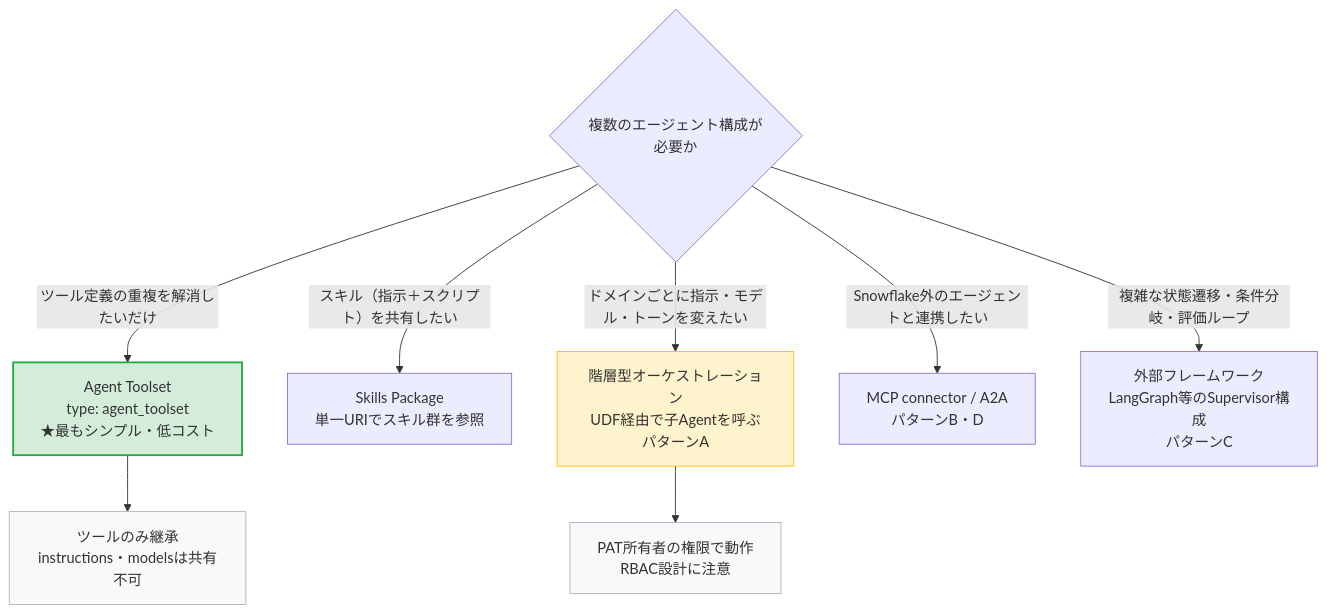
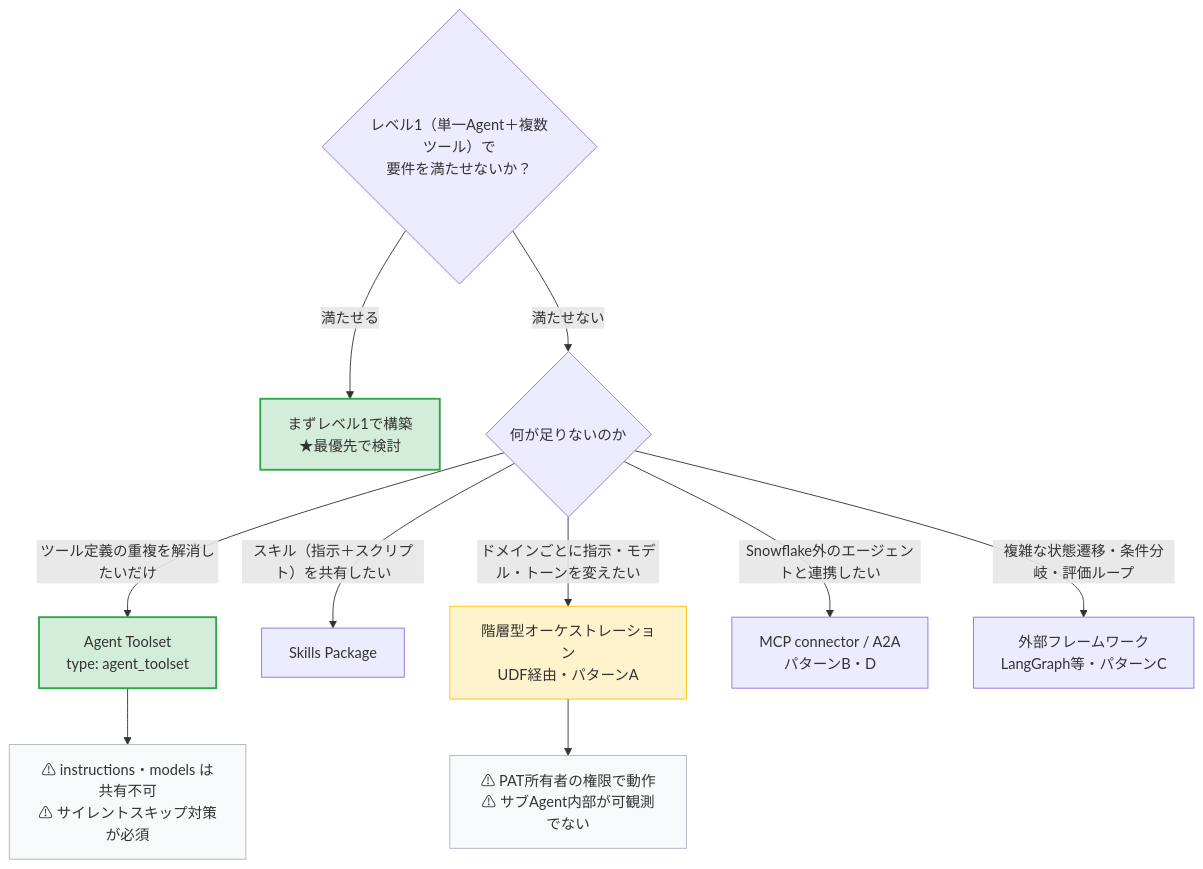
Before and after one commit to novexar/novexar-memo: the ninth of 9 diagrams in snowflake-cortex-learning-guide.md, drawn with Mermaid. The commit also changed other lines of this file, not shown here.

````diff
--- a/snowflake-cortex-learning-guide.md
+++ b/snowflake-cortex-learning-guide.md
@@ -929,18 +1377,22 @@
 ```mermaid
 flowchart TD
-    Q{"複数のエージェント構成が必要か"}
+    Q0{"レベル1（単一Agent＋複数ツール）で<br/>要件を満たせないか？"}
+    Q0 -->|"満たせる"| Z["まずレベル1で構築<br/>★最優先で検討"]
+    Q0 -->|"満たせない"| Q
 
-    Q -->|"ツール定義の重複を解消したいだけ"| A["Agent Toolset<br/>type: agent_toolset<br/>★最もシンプル・低コスト"]
-    Q -->|"スキル（指示＋スクリプト）を共有したい"| B["Skills Package<br/>単一URIでスキル群を参照"]
-    Q -->|"ドメインごとに指示・モデル・トーンを変えたい"| C["階層型オーケストレーション<br/>UDF経由で子Agentを呼ぶ<br/>パターンA"]
+    Q{"何が足りないのか"}
+    Q -->|"ツール定義の重複を解消したいだけ"| A["Agent Toolset<br/>type: agent_toolset"]
+    Q -->|"スキル（指示＋スクリプト）を共有したい"| B["Skills Package"]
+    Q -->|"ドメインごとに指示・モデル・トーンを変えたい"| C["階層型オーケストレーション<br/>UDF経由・パターンA"]
     Q -->|"Snowflake外のエージェントと連携したい"| D["MCP connector / A2A<br/>パターンB・D"]
-    Q -->|"複雑な状態遷移・条件分岐・評価ループ"| E["外部フレームワーク<br/>LangGraph等のSupervisor構成<br/>パターンC"]
+    Q -->|"複雑な状態遷移・条件分岐・評価ループ"| E["外部フレームワーク<br/>LangGraph等・パターンC"]
 
-    A --> A1["ツールのみ継承<br/>instructions・modelsは共有不可"]
-    C --> C1["PAT所有者の権限で動作<br/>RBAC設計に注意"]
+    A --> A1["⚠ instructions・models は共有不可<br/>⚠ サイレントスキップ対策が必須"]
+    C --> C1["⚠ PAT所有者の権限で動作<br/>⚠ サブAgent内部が可観測でない"]
 
+    style Z fill:#d4edda,stroke:#28a745,stroke-width:2px
     style A fill:#d4edda,stroke:#28a745,stroke-width:2px
     style C fill:#fff3cd,stroke:#ffc107
     style A1 fill:#f8f9fa,stroke:#adb5bd
     style C1 fill:#f8f9fa,stroke:#adb5bd
 ```
````
